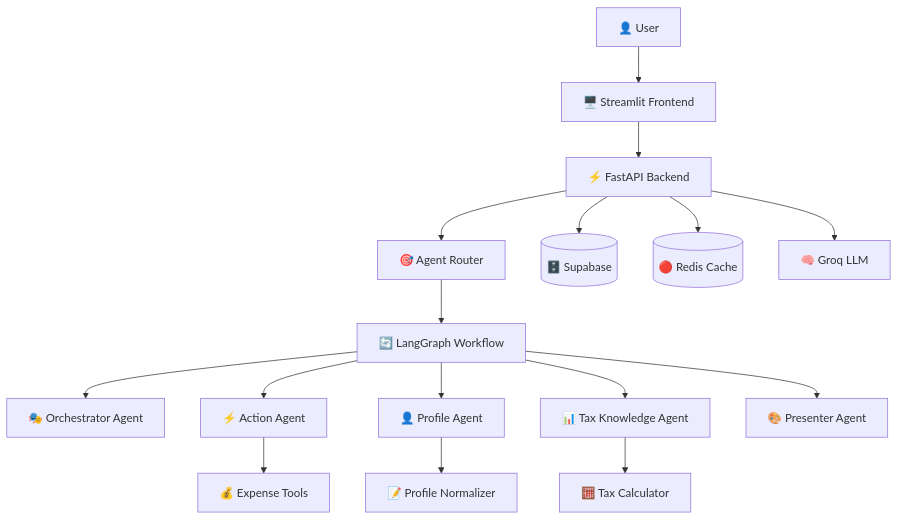
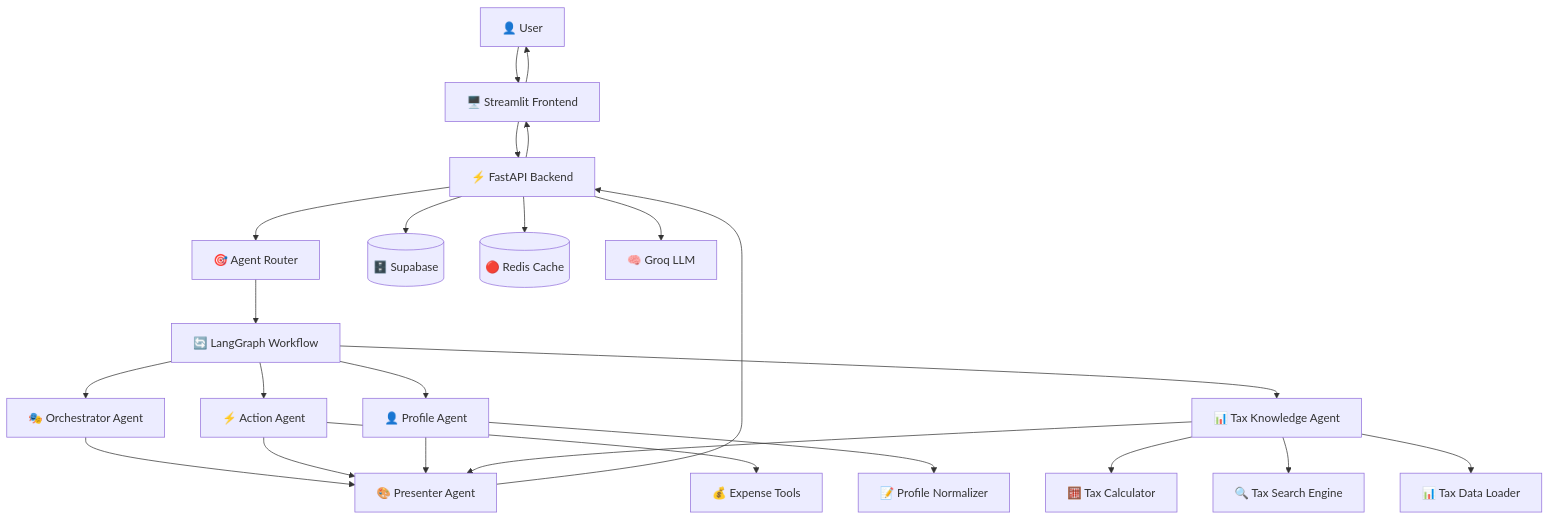
Before and after one commit to Mukeshsingh8/tax-fix: the first of 2 diagrams in README.md, drawn with Mermaid. The commit also changed other lines of this file, not shown here.

````diff
--- a/README.md
+++ b/README.md
@@ -82,23 +84,36 @@
 ```mermaid
 graph TB
     User[👤 User] --> Frontend[🖥️ Streamlit Frontend]
     Frontend --> Backend[⚡ FastAPI Backend]
     
     Backend --> Router[🎯 Agent Router]
     Router --> Workflow[🔄 LangGraph Workflow]
     
     Workflow --> Orchestrator[🎭 Orchestrator Agent]
     Workflow --> Action[⚡ Action Agent]
     Workflow --> Profile[👤 Profile Agent]
     Workflow --> TaxKnowledge[📊 Tax Knowledge Agent]
     
-    Workflow --> Presenter[🎨 Presenter Agent]
+    %% All agent outputs flow to Presenter for synthesis
+    Orchestrator --> Presenter[🎨 Presenter Agent]
+    Action --> Presenter
+    Profile --> Presenter
+    TaxKnowledge --> Presenter
     
+    %% Presenter synthesizes and returns final response
+    Presenter --> Backend
+    Backend --> Frontend
+    Frontend --> User
+    
+    %% External services
     Backend --> Database[(🗄️ Supabase)]
     Backend --> Redis[(🔴 Redis Cache)]
     Backend --> LLM[🧠 Groq LLM]
     
+    %% Agent-specific tools and services
     Action --> ExpenseTools[💰 Expense Tools]
     Profile --> ProfileNormalizer[📝 Profile Normalizer]
     TaxKnowledge --> TaxCalculator[🧮 Tax Calculator]
+    TaxKnowledge --> TaxSearchEngine[🔍 Tax Search Engine]
+    TaxKnowledge --> TaxDataLoader[📊 Tax Data Loader]
 ```
````
